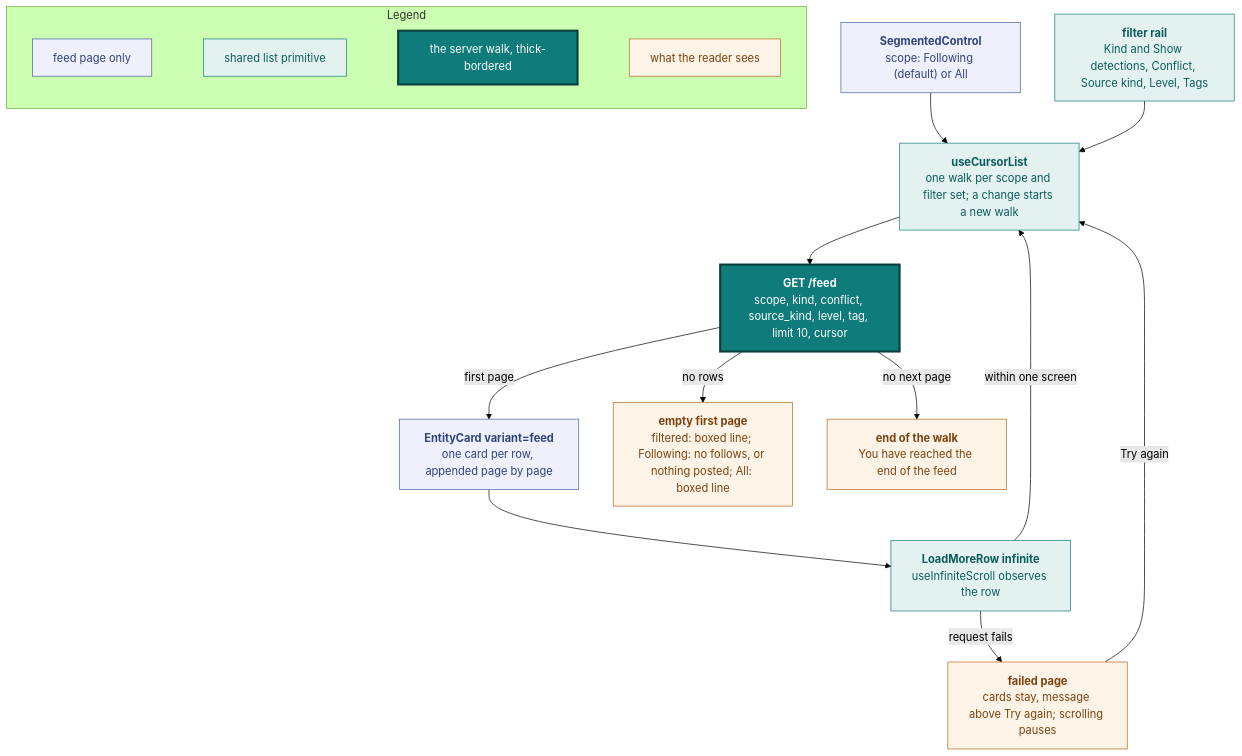
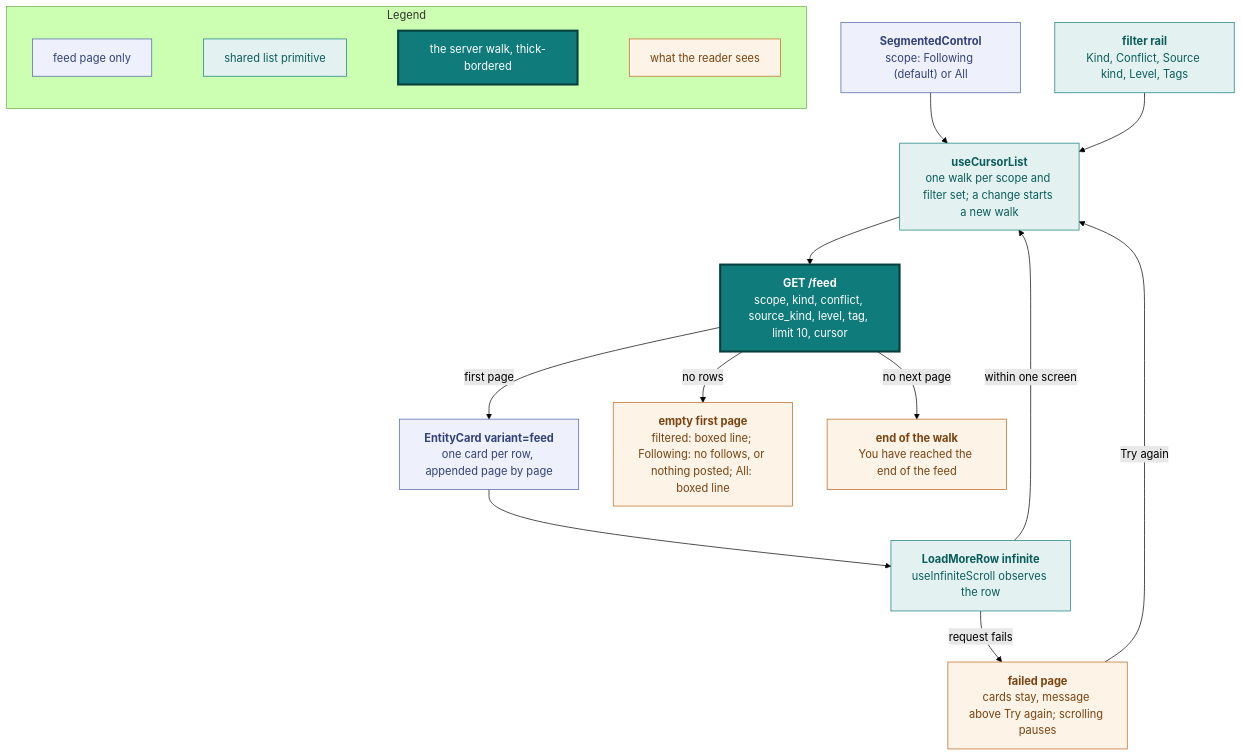
Before and after one commit to vidithq/vidit: diagram 12 of 17 in docs/design.md, drawn with Mermaid (forest theme). The commit also changed other lines of this file and 58 other files, not shown here.

````diff
--- a/docs/design.md
+++ b/docs/design.md
@@ -1152,46 +1154,46 @@
 ```mermaid
 flowchart TB
   classDef page fill:#eef1fb,stroke:#4a5fa5,color:#33417a
   classDef shared fill:#e3f2f1,stroke:#0f7b7a,color:#0b5c5b
   classDef core fill:#0f7b7a,stroke:#083f3e,stroke-width:3px,color:#ffffff
   classDef state fill:#fdf3e7,stroke:#b8661a,color:#7a430f
 
   subgraph legend [Legend]
     direction LR
     l1["`feed page only`"]:::page
     l2["`shared list primitive`"]:::shared
     l3["`the server walk, thick-bordered`"]:::core
     l4["`what the reader sees`"]:::state
     l1 ~~~ l2 ~~~ l3 ~~~ l4
   end
 
   toggle["`**SegmentedControl**
   scope: Following (default) or All`"]:::page
   filters["`**filter rail**
-  Kind and Show detections, Conflict, Source kind, Level, Tags`"]:::shared
+  Kind, Conflict, Source kind, Level, Tags`"]:::shared
   walk["`**useCursorList**
   one walk per scope and filter set; a change starts a new walk`"]:::shared
   api["`**GET /feed**
   scope, kind, conflict, source_kind, level, tag, limit 10, cursor`"]:::core
   cards["`**EntityCard variant=feed**
   one card per row, appended page by page`"]:::page
   row["`**LoadMoreRow infinite**
   useInfiniteScroll observes the row`"]:::shared
 
   empty["`**empty first page**
   filtered: boxed line; Following: no follows, or nothing posted; All: boxed line`"]:::state
   failed["`**failed page**
   cards stay, message above Try again; scrolling pauses`"]:::state
   done["`**end of the walk**
   You have reached the end of the feed`"]:::state
 
   toggle --> walk --> api
   filters --> walk
   api -->|first page| cards
   api -->|no rows| empty
   cards --> row
   row -->|within one screen| walk
   row -->|request fails| failed
   failed -->|Try again| walk
   api -->|no next page| done
 ```
````
